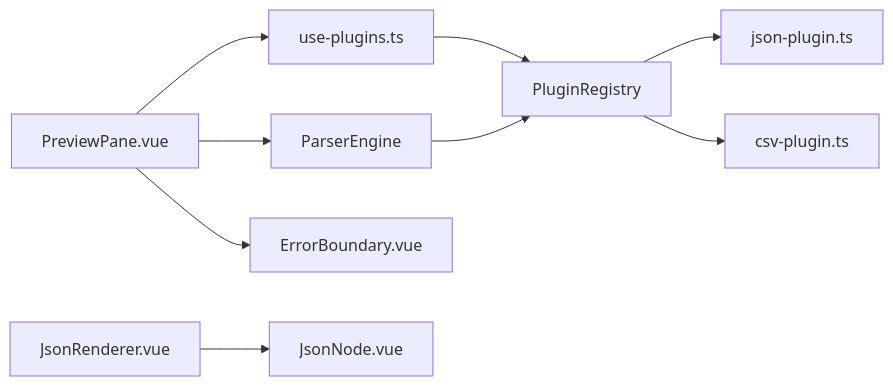
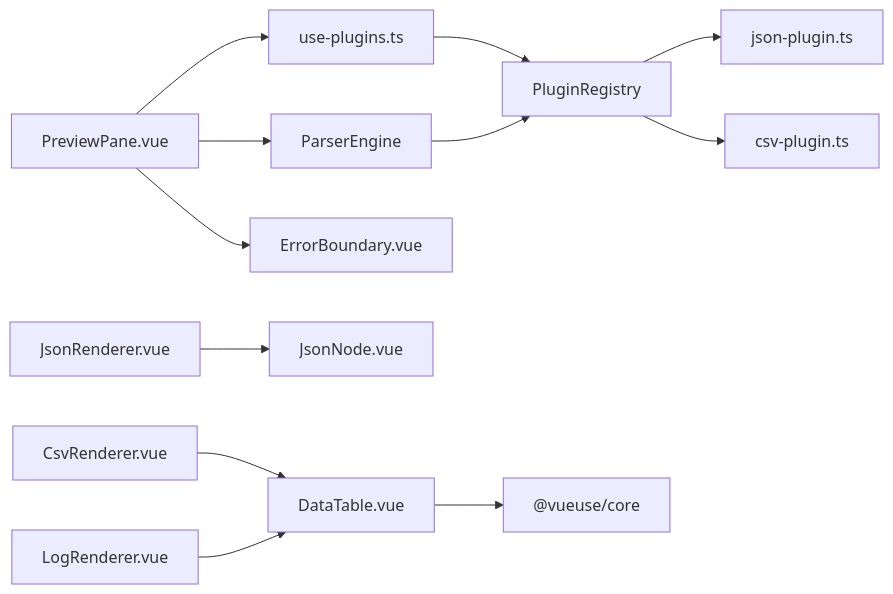
The ninth of 9 diagrams in .qoder/repowiki/zh/content/插件系统/插件开发教程/解析器插件开发/渲染器集成.md (taoweidong/Hello-Tauri), drawn with Mermaid before and after one commit. The commit also changed other lines of this file and 62 other files, not shown here.

````diff
--- a/.qoder/repowiki/zh/content/插件系统/插件开发教程/解析器插件开发/渲染器集成.md
+++ b/.qoder/repowiki/zh/content/插件系统/插件开发教程/解析器插件开发/渲染器集成.md
@@ -341,11 +433,14 @@
 ```mermaid
 graph LR
 PP["PreviewPane.vue"] --> UPL["use-plugins.ts"]
 PP --> PE["ParserEngine"]
 UPL --> REG["PluginRegistry"]
 PE --> REG
 REG --> JP["json-plugin.ts"]
 REG --> CP["csv-plugin.ts"]
 PP --> EB["ErrorBoundary.vue"]
 JR["JsonRenderer.vue"] --> JN["JsonNode.vue"]
+CR["CsvRenderer.vue"] --> DT["DataTable.vue"]
+LR["LogRenderer.vue"] --> DT
+DT --> VUEUSE["@vueuse/core"]
 ```
````
